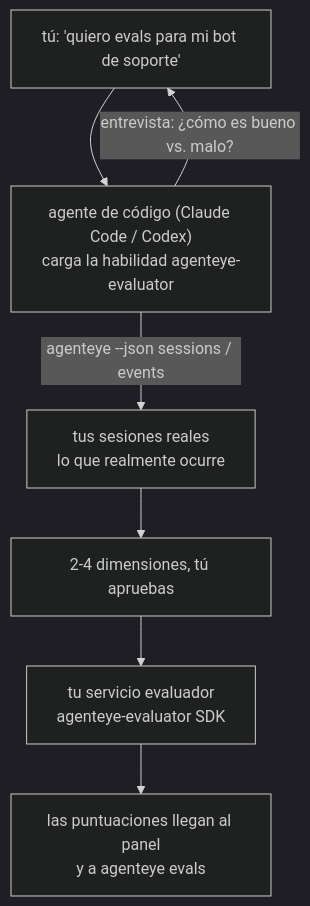
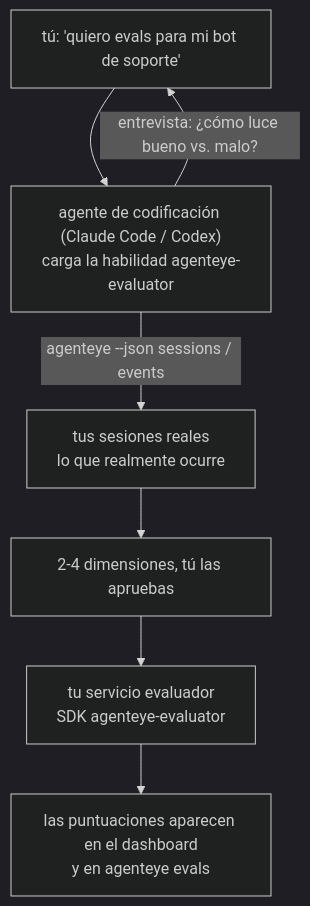
One commit to FailproofAI/failproofai changed the diagram in docs/es/agenteye/evaluator-skill.mdx. Above: the diagram before and after it, drawn with Mermaid (dark theme). The commit also changed other lines of this file and 651 other files, not shown here.

````diff
--- a/docs/es/agenteye/evaluator-skill.mdx
+++ b/docs/es/agenteye/evaluator-skill.mdx
@@ -21,9 +21,9 @@
 ```mermaid
 flowchart TD
-    YOU["tú: 'quiero evals para mi bot de soporte'"] --> AGENT["agente de código (Claude Code / Codex)<br/>carga la habilidad agenteye-evaluator"]
-    AGENT -->|"entrevista: ¿cómo es bueno vs. malo?"| YOU
+    YOU["tú: 'quiero evals para mi bot de soporte'"] --> AGENT["agente de codificación (Claude Code / Codex)<br/>carga la habilidad agenteye-evaluator"]
+    AGENT -->|"entrevista: ¿cómo luce bueno vs. malo?"| YOU
     AGENT -->|"agenteye --json sessions / events"| DATA["tus sesiones reales<br/>lo que realmente ocurre"]
-    DATA --> DIMS["2-4 dimensiones, tú apruebas"]
-    DIMS --> SVC["tu servicio evaluador<br/>agenteye-evaluator SDK"]
-    SVC --> SCORES["las puntuaciones llegan al panel<br/>y a agenteye evals"]
+    DATA --> DIMS["2-4 dimensiones, tú las apruebas"]
+    DIMS --> SVC["tu servicio evaluador<br/>SDK agenteye-evaluator"]
+    SVC --> SCORES["las puntuaciones aparecen en el dashboard<br/>y en agenteye evals"]
 ```
````
